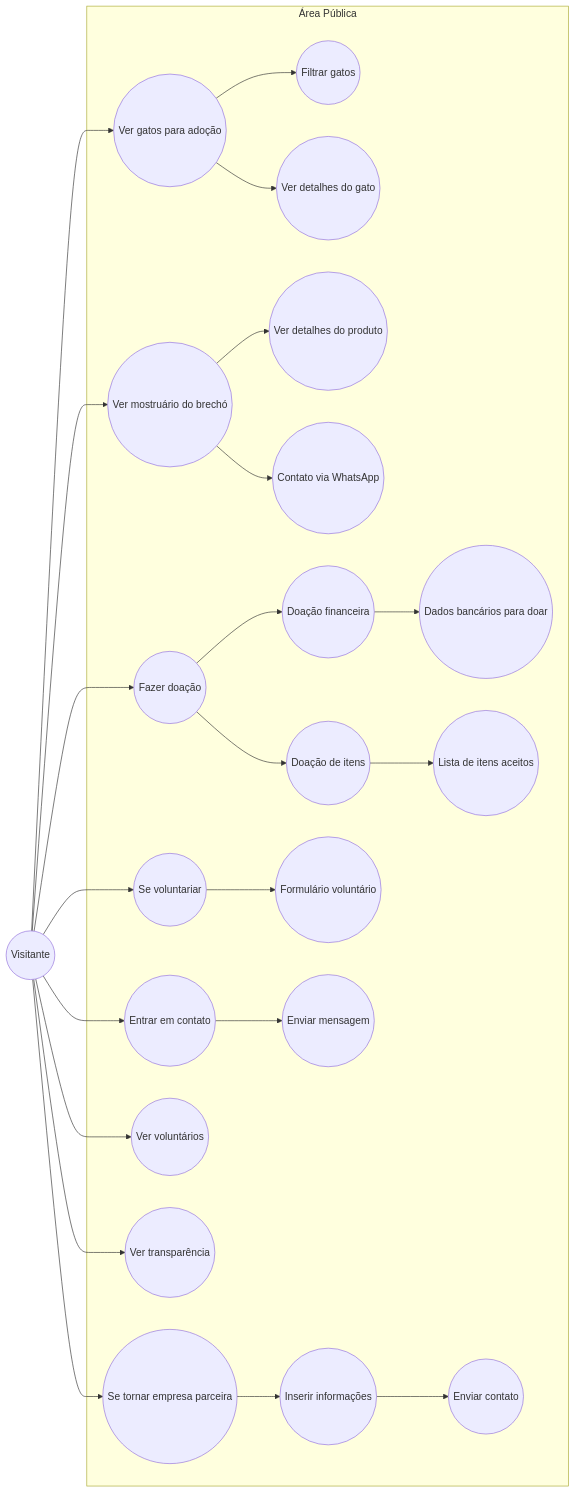
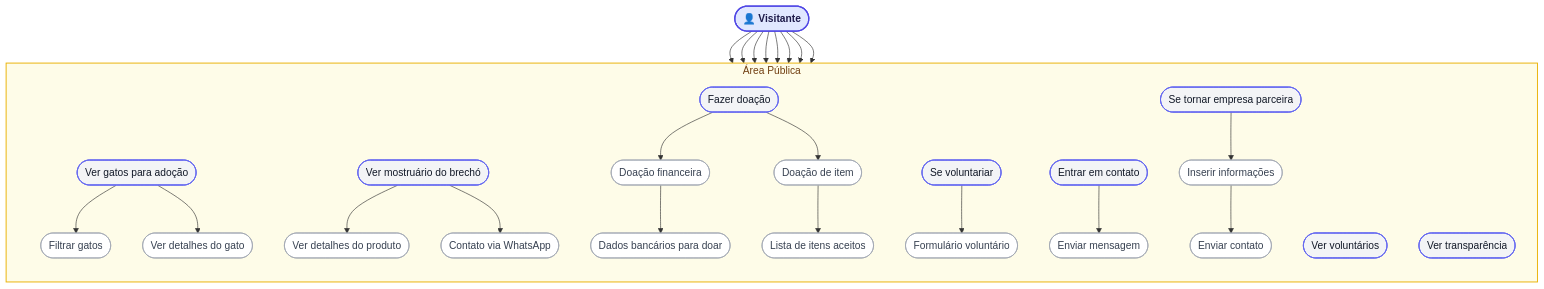
The first of 10 diagrams in README.md (ligiaoliveira/Casa-dos-Gatos), drawn with Mermaid before and after one commit.

Commit message:
Revise visitor use case diagram for better clarity
Updated the use case diagram for visitors to improve clarity and organization.

````diff
--- a/README.md
+++ b/README.md
@@ -103,49 +103,69 @@
 ```mermaid
-flowchart LR
-    Visitante((Visitante))
+flowchart TD
+    %% Estilo para melhorar nitidez e visual UML
+    classDef ator fill:#e0e7ff,stroke:#4f46e5,stroke-width:2px,color:#1e1b4b,font-weight:bold;
+    classDef caso fill:#f3f4f6,stroke:#6366f1,stroke-width:1.5px,color:#111827;
+    classDef subcaso fill:#ffffff,stroke:#9ca3af,stroke-width:1px,color:#374151;
 
-    subgraph Área Pública
-        UC1((Ver gatos para adoção))
-        UC2((Ver mostruário do brechó))
-        UC3((Fazer doação))
-        UC4((Se voluntariar))
-        UC5((Entrar em contato))
-        UC6((Ver voluntários))
-        UC7((Ver transparência))
-        UC8((Filtrar gatos))
-        UC9((Ver detalhes do gato))
-        UC10((Ver detalhes do produto))
-        UC11((Contato via WhatsApp))
-        UC12((Formulário voluntário))
-        UC13((Doação financeira))
-        UC14((Enviar mensagem))
-        UC15((Doação de itens))
-        UC16((Lista de itens aceitos))
-        UC17((Dados bancários para doar))
-        UC18((Se tornar empresa parceira))
-        UC19((Inserir informações))
-        UC20((Enviar contato))
+    Visitante([👤 Visitante]):::ator
+
+    subgraph AreaPublica ["Área Pública"]
+        direction TB
+
+        %% Coluna 1: Adoção
+        UC1([Ver gatos para adoção]):::caso
+        UC1_1([Filtrar gatos]):::subcaso
+        UC1_2([Ver detalhes do gato]):::subcaso
+        UC1 --> UC1_1
+        UC1 --> UC1_2
+
+        %% Coluna 2: Brechó
+        UC2([Ver mostruário do brechó]):::caso
+        UC2_1([Ver detalhes do produto]):::subcaso
+        UC2_2([Contato via WhatsApp]):::subcaso
+        UC2 --> UC2_1
+        UC2 --> UC2_2
+
+        %% Coluna 3: Doação
+        UC3([Fazer doação]):::caso
+        UC3_1([Doação financeira]):::subcaso
+        UC3_1_1([Dados bancários para doar]):::subcaso
+        UC3_2([Doação de item]):::subcaso
+        UC3_2_1([Lista de itens aceitos]):::subcaso
+        UC3 --> UC3_1 --> UC3_1_1
+        UC3 --> UC3_2 --> UC3_2_1
+
+        %% Coluna 4: Voluntariado
+        UC4([Se voluntariar]):::caso
+        UC4_1([Formulário voluntário]):::subcaso
+        UC4 --> UC4_1
+
+        %% Coluna 5: Contato
+        UC5([Entrar em contato]):::caso
+        UC5_1([Enviar mensagem]):::subcaso
+        UC5 --> UC5_1
+
+        %% Coluna 6: Empresa Parceira
+        UC6([Se tornar empresa parceira]):::caso
+        UC6_1([Inserir informações]):::subcaso
+        UC6_2([Enviar contato]):::subcaso
+        UC6 --> UC6_1 --> UC6_2
+
+        %% Coluna 7: Consultas Simples
+        UC7([Ver voluntários]):::caso
+        UC8([Ver transparência]):::caso
     end
 
+    %% Conexões do Visitante espalhadas horizontalmente
     Visitante --> UC1
     Visitante --> UC2
     Visitante --> UC3
     Visitante --> UC4
     Visitante --> UC5
     Visitante --> UC6
     Visitante --> UC7
-    Visitante --> UC18
+    Visitante --> UC8
 
-    UC1 --> UC8
-    UC1 --> UC9
-    UC2 --> UC10
-    UC2 --> UC11
-    UC3 --> UC13
-    UC3 --> UC15
-    UC4 --> UC12
-    UC5 --> UC14
-    UC13 --> UC17
-    UC15 --> UC16
-    UC18 --> UC19
-    UC19 --> UC20
+    %% Estilo da caixa Área Pública
+    style AreaPublica fill:#fefce8,stroke:#eab308,stroke-width:1.5px,color:#713f12
 ```
````
